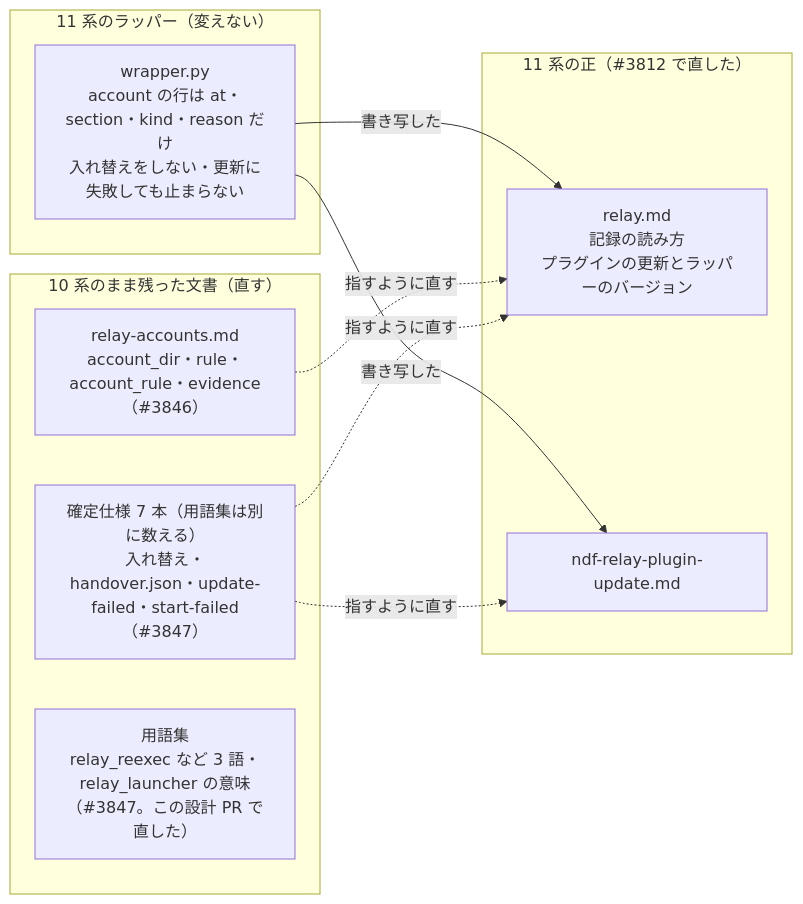
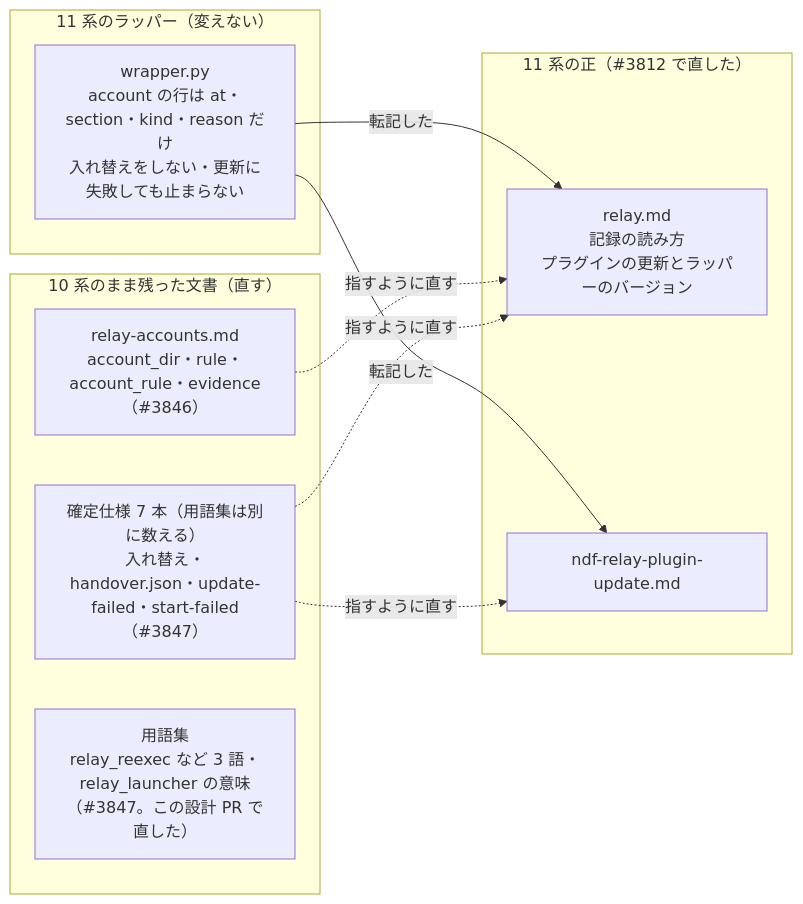
The diagram in issues/issue-3846-3847-design.md (devbasex/ai-plugins), drawn with Mermaid before and after one commit. The commit also changed other lines of this file and 11 other files, not shown here.

````diff
--- a/issues/issue-3846-3847-design.md
+++ b/issues/issue-3846-3847-design.md
@@ -9,20 +9,20 @@
 ```mermaid
 graph LR
   subgraph code["11 系のラッパー（変えない）"]
     W["wrapper.py<br/>account の行は at・section・kind・reason だけ<br/>入れ替えをしない・更新に失敗しても止まらない"]
   end
   subgraph ssot["11 系の正（#3812 で直した）"]
     R["relay.md<br/>記録の読み方<br/>プラグインの更新とラッパーのバージョン"]
     P["ndf-relay-plugin-update.md"]
   end
   subgraph stale["10 系のまま残った文書（直す）"]
     A["relay-accounts.md<br/>account_dir・rule・account_rule・evidence（#3846）"]
     S["確定仕様 7 本（用語集は別に数える）<br/>入れ替え・handover.json・update-failed・start-failed（#3847）"]
     G["用語集<br/>relay_reexec など 3 語・relay_launcher の意味（#3847。この設計 PR で直した）"]
   end
-  W -- 書き写した --> R
-  W -- 書き写した --> P
+  W -- 転記した --> R
+  W -- 転記した --> P
   A -. 指すように直す .-> R
   S -. 指すように直す .-> R
   S -. 指すように直す .-> P
 ```
````
